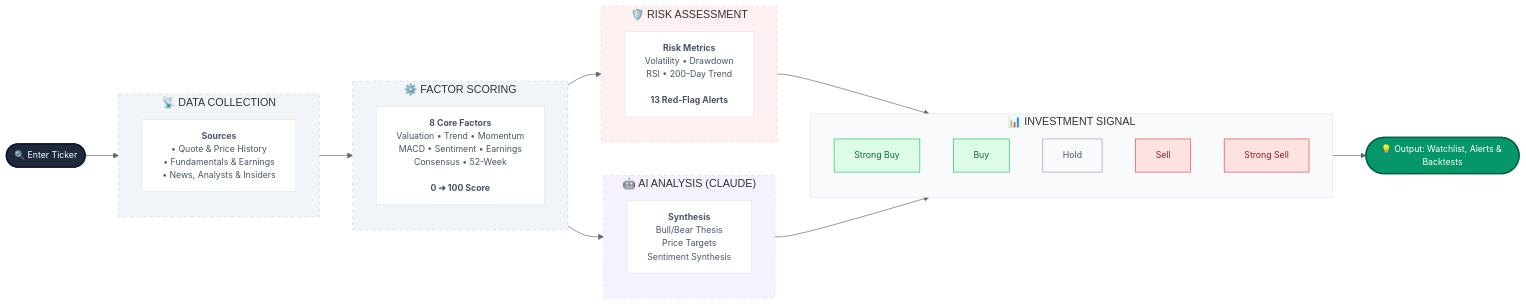
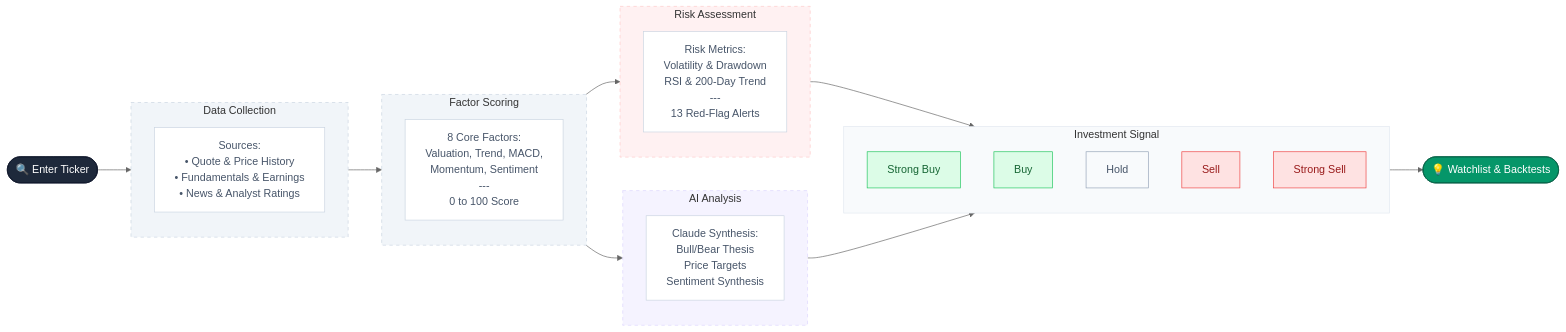
One commit to pcjtse/jaja-money changed the diagram in README.md. Above: the diagram before and after it, drawn with Mermaid (neutral theme).

Commit message:
Refactor Mermaid diagram styles and labels

````diff
--- a/README.md
+++ b/README.md
@@ -39,60 +39,70 @@
 ```mermaid
 flowchart LR
     %% Global Styles
-    classDef default font-family:Inter,sans-serif,font-size:13px;
+    classDef start fill:#1e293b,stroke:#0f172a,color:#fff
+    classDef finish fill:#059669,stroke:#065f46,color:#fff
+    classDef step fill:#fff,stroke:#cbd5e1,color:#475569
     
-    %% Specific Node Classes
-    classDef start fill:#1e293b,stroke:#0f172a,color:#fff,stroke-width:2px;
-    classDef finish fill:#059669,stroke:#065f46,color:#fff,stroke-width:2px;
-    classDef step fill:#ffffff,stroke:#e2e8f0,color:#475569,stroke-width:1px;
-    
-    classDef buy fill:#dcfce7,stroke:#22c55e,color:#166534,stroke-width:1px;
-    classDef hold fill:#f8fafc,stroke:#94a3b8,color:#475569,stroke-width:1px;
-    classDef sell fill:#fee2e2,stroke:#ef4444,color:#991b1b,stroke-width:1px;
+    classDef buy fill:#dcfce7,stroke:#22c55e,color:#166534
+    classDef hold fill:#f8fafc,stroke:#94a3b8,color:#475569
+    classDef sell fill:#fee2e2,stroke:#ef4444,color:#991b1b
 
-    %% Diagram Nodes
     START(["🔍 Enter Ticker"]):::start
 
-    subgraph D ["&nbsp;&nbsp;📡  DATA COLLECTION&nbsp;&nbsp;"]
-        D1["<b>Sources</b><br/>• Quote & Price History<br/>• Fundamentals & Earnings<br/>• News, Analysts & Insiders"]:::step
+    subgraph D [Data Collection]
+        D1["Sources:
+        • Quote & Price History
+        • Fundamentals & Earnings
+        • News & Analyst Ratings"]:::step
     end
 
-    subgraph F ["&nbsp;&nbsp;⚙️  FACTOR SCORING&nbsp;&nbsp;"]
-        F1["<b>8 Core Factors</b><br/>Valuation • Trend • Momentum<br/>MACD • Sentiment • Earnings<br/>Consensus • 52-Week<br/><br/><b>0 ➔ 100 Score</b>"]:::step
+    subgraph F [Factor Scoring]
+        F1["8 Core Factors:
+        Valuation, Trend, MACD,
+        Momentum, Sentiment
+        ---
+        0 to 100 Score"]:::step
     end
 
-    subgraph R ["&nbsp;&nbsp;🛡️  RISK ASSESSMENT&nbsp;&nbsp;"]
-        R1["<b>Risk Metrics</b><br/>Volatility • Drawdown<br/>RSI • 200-Day Trend<br/><br/><b>13 Red-Flag Alerts</b>"]:::step
+    subgraph R [Risk Assessment]
+        R1["Risk Metrics:
+        Volatility & Drawdown
+        RSI & 200-Day Trend
+        ---
+        13 Red-Flag Alerts"]:::step
     end
 
-    subgraph AI ["&nbsp;&nbsp;🤖  AI ANALYSIS (CLAUDE)&nbsp;&nbsp;"]
-        AI1["<b>Synthesis</b><br/>Bull/Bear Thesis<br/>Price Targets<br/>Sentiment Synthesis"]:::step
+    subgraph AI [AI Analysis]
+        AI1["Claude Synthesis:
+        Bull/Bear Thesis
+        Price Targets
+        Sentiment Synthesis"]:::step
     end
 
-    subgraph SIG ["&nbsp;&nbsp;📊  INVESTMENT SIGNAL&nbsp;&nbsp;"]
+    subgraph SIG [Investment Signal]
         direction TB
         S1["Strong Buy"]:::buy
         S2["Buy"]:::buy
         S3["Hold"]:::hold
         S4["Sell"]:::sell
         S5["Strong Sell"]:::sell
     end
 
-    END(["💡 Output: Watchlist, Alerts & Backtests"]):::finish
+    END(["💡 Watchlist & Backtests"]):::finish
 
     %% Connections
     START --> D
     D --> F
     F --> R
     F --> AI
     R --> SIG
     AI --> SIG
     SIG --> END
 
     %% Subgraph Styling
     style D fill:#f1f5f9,stroke:#cbd5e1,stroke-dasharray: 5 5
     style F fill:#f1f5f9,stroke:#cbd5e1,stroke-dasharray: 5 5
     style R fill:#fff1f2,stroke:#fecaca,stroke-dasharray: 5 5
     style AI fill:#f5f3ff,stroke:#ddd6fe,stroke-dasharray: 5 5
     style SIG fill:#f8fafc,stroke:#e2e8f0
 ```
````
